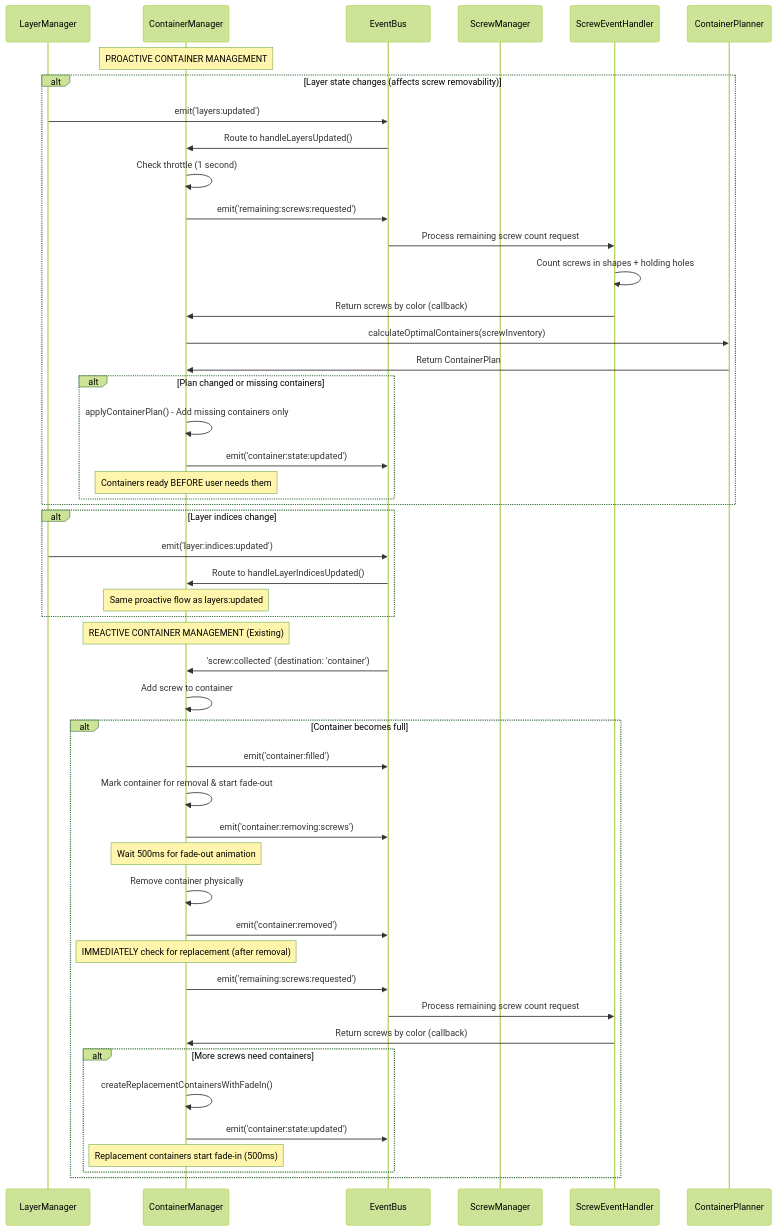
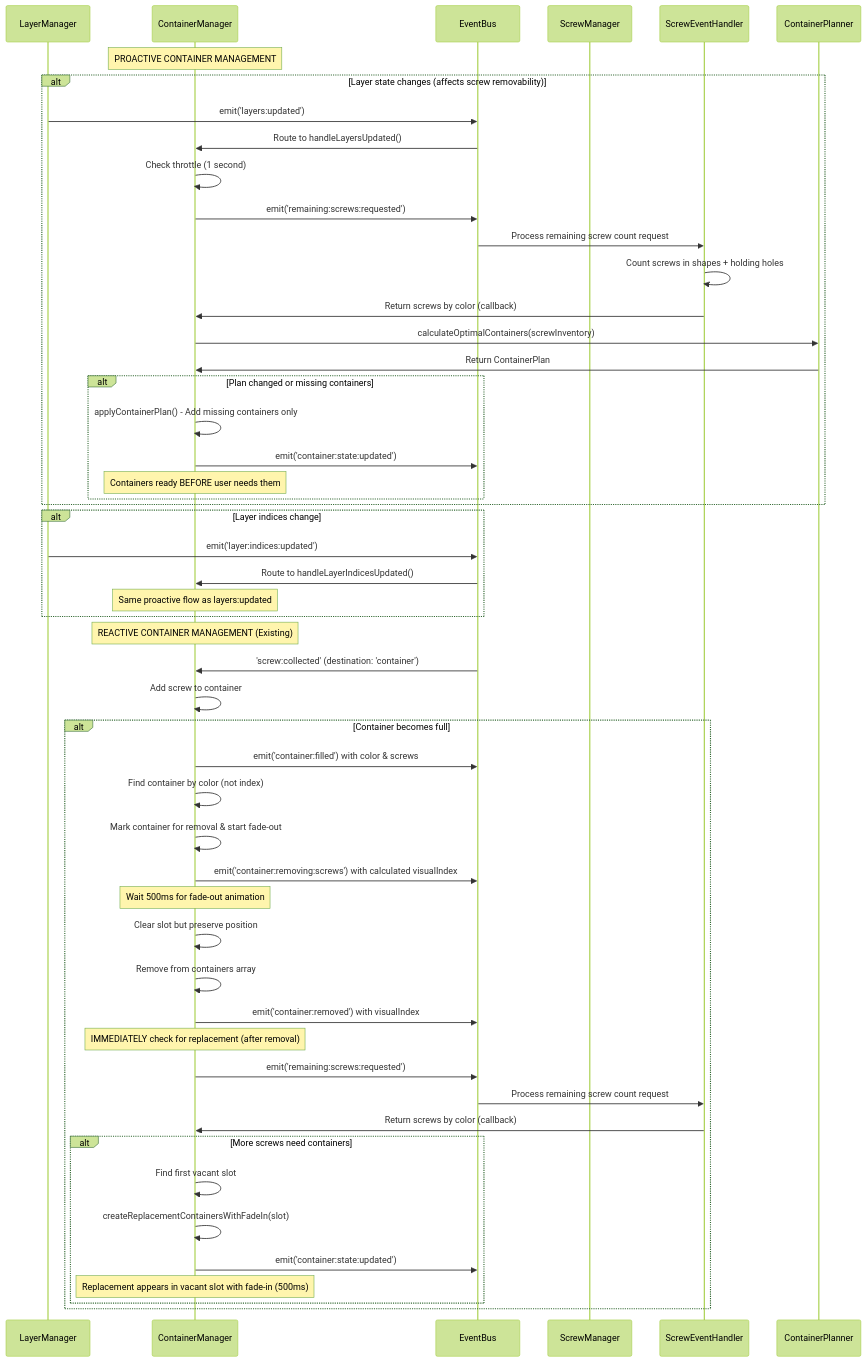
The second of 6 diagrams in docs/game_event_flows.md (paulrobello/par-shape-2d), drawn with Mermaid (forest theme) before and after one commit. The commit also changed other lines of this file and 15 other files, not shown here.

````diff
--- a/docs/game_event_flows.md
+++ b/docs/game_event_flows.md
@@ -151,61 +152,64 @@
 ```mermaid
 sequenceDiagram
     participant LM as LayerManager
     participant CM as ContainerManager
     participant EB as EventBus
     participant SM as ScrewManager
     participant SEH as ScrewEventHandler
     participant CP as ContainerPlanner
 
     Note over CM: PROACTIVE CONTAINER MANAGEMENT
     
     alt Layer state changes (affects screw removability)
         LM->>EB: emit('layers:updated')
         EB->>CM: Route to handleLayersUpdated()
         CM->>CM: Check throttle (1 second)
         CM->>EB: emit('remaining:screws:requested')
         EB->>SEH: Process remaining screw count request
         SEH->>SEH: Count screws in shapes + holding holes
         SEH->>CM: Return screws by color (callback)
         CM->>CP: calculateOptimalContainers(screwInventory)
         CP->>CM: Return ContainerPlan
         
         alt Plan changed or missing containers
             CM->>CM: applyContainerPlan() - Add missing containers only
             CM->>EB: emit('container:state:updated')
             Note over CM: Containers ready BEFORE user needs them
         end
     end
     
     alt Layer indices change
         LM->>EB: emit('layer:indices:updated')
         EB->>CM: Route to handleLayerIndicesUpdated()
         Note over CM: Same proactive flow as layers:updated
     end
 
     Note over CM: REACTIVE CONTAINER MANAGEMENT (Existing)
     
     EB->>CM: 'screw:collected' (destination: 'container')
     CM->>CM: Add screw to container
     
     alt Container becomes full
-        CM->>EB: emit('container:filled')
+        CM->>EB: emit('container:filled') with color & screws
+        CM->>CM: Find container by color (not index)
         CM->>CM: Mark container for removal & start fade-out
-        CM->>EB: emit('container:removing:screws')
+        CM->>EB: emit('container:removing:screws') with calculated visualIndex
         
         Note over CM: Wait 500ms for fade-out animation
-        CM->>CM: Remove container physically
-        CM->>EB: emit('container:removed')
+        CM->>CM: Clear slot but preserve position
+        CM->>CM: Remove from containers array
+        CM->>EB: emit('container:removed') with visualIndex
         
         Note over CM: IMMEDIATELY check for replacement (after removal)
         CM->>EB: emit('remaining:screws:requested')
         EB->>SEH: Process remaining screw count request
         SEH->>CM: Return screws by color (callback)
         
         alt More screws need containers
-            CM->>CM: createReplacementContainersWithFadeIn()
+            CM->>CM: Find first vacant slot
+            CM->>CM: createReplacementContainersWithFadeIn(slot)
             CM->>EB: emit('container:state:updated')
-            Note over CM: Replacement containers start fade-in (500ms)
+            Note over CM: Replacement appears in vacant slot with fade-in (500ms)
         end
     end
 ```
````
